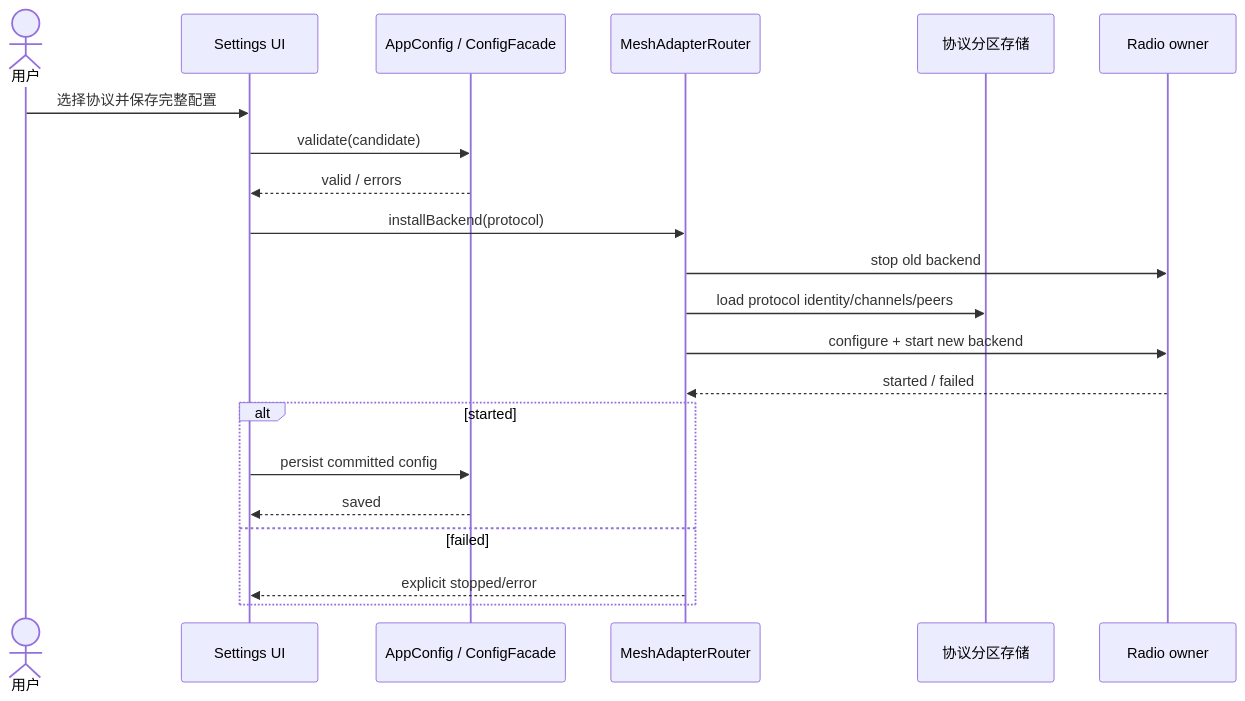
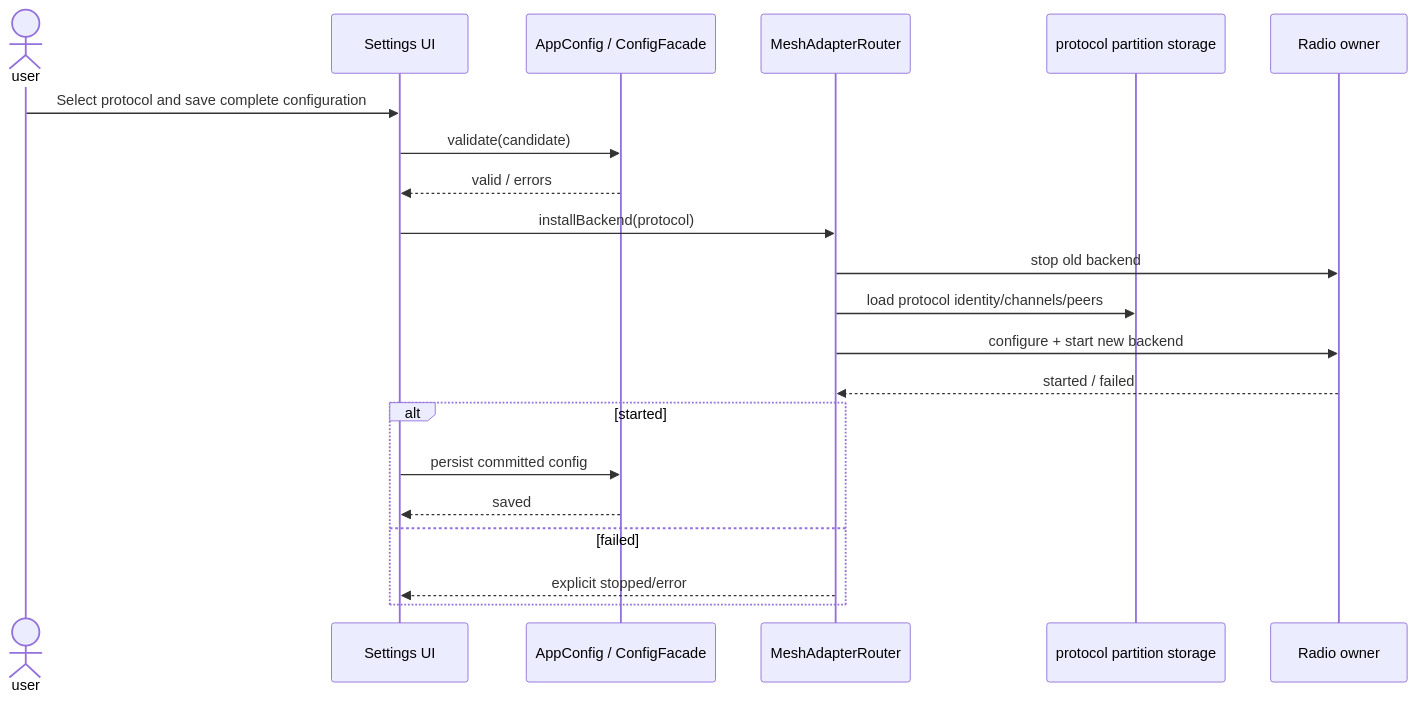
The diagram in docs/design/use-case-diagrams/configure-radio-parameters/sequences/sequence-configure-radio-parameters.md (manmuqingshan/trail-mate), drawn with Mermaid before and after one commit. The commit also changed other lines of this file and 527 other files, not shown here.

````diff
--- a/docs/design/use-case-diagrams/configure-radio-parameters/sequences/sequence-configure-radio-parameters.md
+++ b/docs/design/use-case-diagrams/configure-radio-parameters/sequences/sequence-configure-radio-parameters.md
@@ -3,23 +3,23 @@
 ```mermaid
 sequenceDiagram
-  actor U as 用户
+ actor U as user
   participant Settings as Settings UI
   participant Config as AppConfig / ConfigFacade
   participant Router as MeshAdapterRouter
-  participant Store as 协议分区存储
+ participant Store as protocol partition storage
   participant Radio as Radio owner
-  U->>Settings: 选择协议并保存完整配置
+ U->>Settings: Select protocol and save complete configuration
   Settings->>Config: validate(candidate)
   Config-->>Settings: valid / errors
   Settings->>Router: installBackend(protocol)
   Router->>Radio: stop old backend
   Router->>Store: load protocol identity/channels/peers
   Router->>Radio: configure + start new backend
   Radio-->>Router: started / failed
   alt started
     Settings->>Config: persist committed config
     Config-->>Settings: saved
   else failed
     Router-->>Settings: explicit stopped/error
   end
 ```
````
